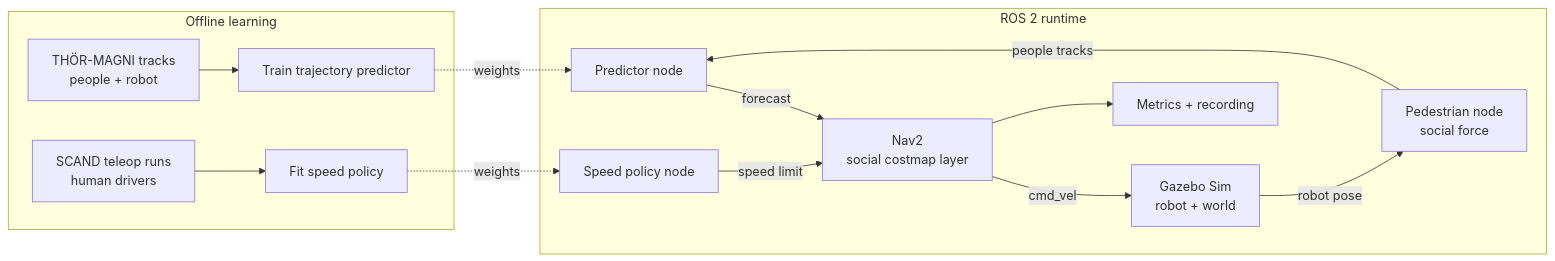
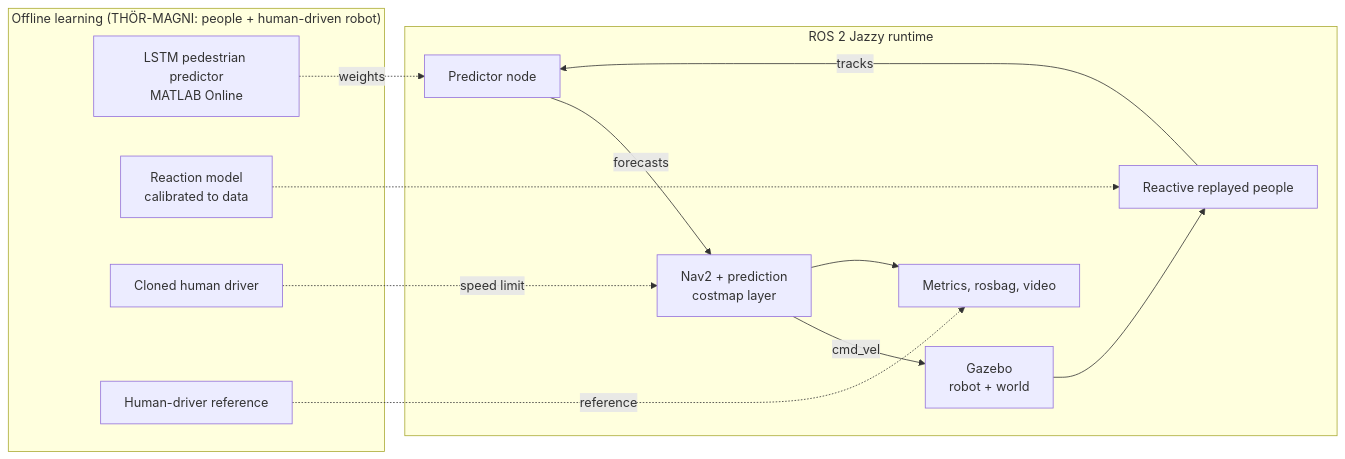
Before and after one commit to filmonnezif/social-nav-ros2: the diagram in README.md, drawn with Mermaid. The commit also changed other lines of this file and 23 other files, not shown here.

````diff
--- a/README.md
+++ b/README.md
@@ -27,17 +33,20 @@
 ```mermaid
 flowchart LR
-    subgraph Offline learning
-        T[THÖR-MAGNI tracks<br/>people + robot] --> P[Train trajectory predictor]
-        S[SCAND teleop runs<br/>human drivers] --> V[Fit speed policy]
+    subgraph Offline["Offline learning (THÖR-MAGNI: people + human-driven robot)"]
+        P[LSTM pedestrian predictor<br/>MATLAB Online]
+        R[Reaction model<br/>calibrated to data]
+        B[Cloned human driver]
+        H[Human-driver reference]
     end
-    subgraph ROS 2 runtime
-        G[Gazebo Sim<br/>robot + world] -->|robot pose| H[Pedestrian node<br/>social force]
-        H -->|people tracks| PR[Predictor node]
-        PR -->|forecast| N[Nav2<br/>social costmap layer]
-        SP[Speed policy node] -->|speed limit| N
+    subgraph Runtime["ROS 2 Jazzy runtime"]
+        G[Gazebo<br/>robot + world] --> PP[Reactive replayed people]
+        PP -->|tracks| PN[Predictor node]
+        PN -->|forecasts| N[Nav2 + prediction<br/>costmap layer]
         N -->|cmd_vel| G
-        N --> M[Metrics + recording]
+        N --> M[Metrics, rosbag, video]
     end
-    P -. weights .-> PR
-    V -. weights .-> SP
+    P -. weights .-> PN
+    R -.-> PP
+    B -. speed limit .-> N
+    H -. reference .-> M
 ```
````
